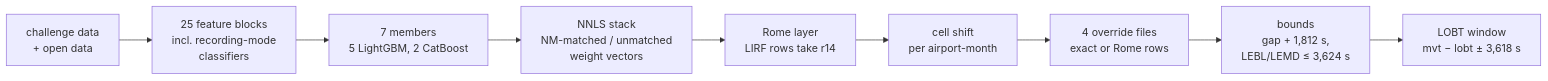
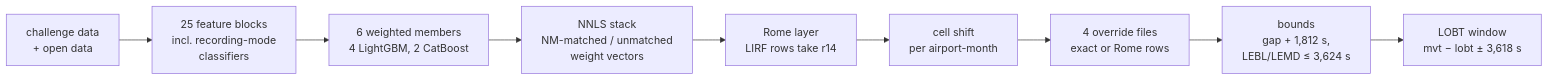
The first of 3 diagrams in README.md (wwidel/prc-data-challenge-2026-amazing-marshmallow), drawn with Mermaid before and after one commit. The commit also changed other lines of this file and 2 other files, not shown here.

First line of the commit message:
README, MODELS: six members carry weight; t05s is fitted with weight 0

````diff
--- a/README.md
+++ b/README.md
@@ -41,11 +41,11 @@
 ```mermaid
 flowchart LR
   D["challenge data<br/>+ open data"] --> F["25 feature blocks<br/>incl. recording-mode<br/>classifiers"]
-  F --> M["7 members<br/>5 LightGBM, 2 CatBoost"]
+  F --> M["6 weighted members<br/>4 LightGBM, 2 CatBoost"]
   M --> N["NNLS stack<br/>NM-matched / unmatched<br/>weight vectors"]
   N --> R["Rome layer<br/>LIRF rows take r14"]
   R --> C["cell shift<br/>per airport-month"]
   C --> O["4 override files<br/>exact or Rome rows"]
   O --> B["bounds<br/>gap + 1,812 s,<br/>LEBL/LEMD ≤ 3,624 s"]
   B --> L["LOBT window<br/>mvt − lobt ± 3,618 s"]
 ```
````
